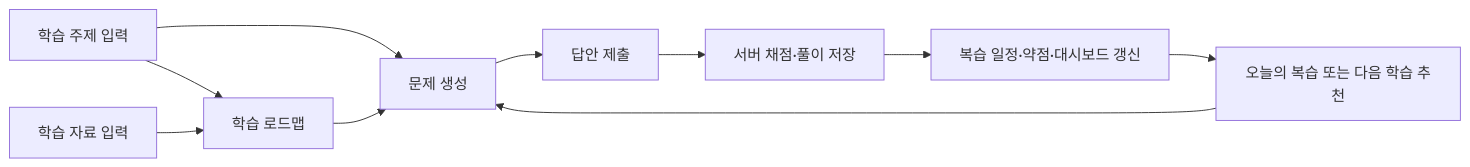
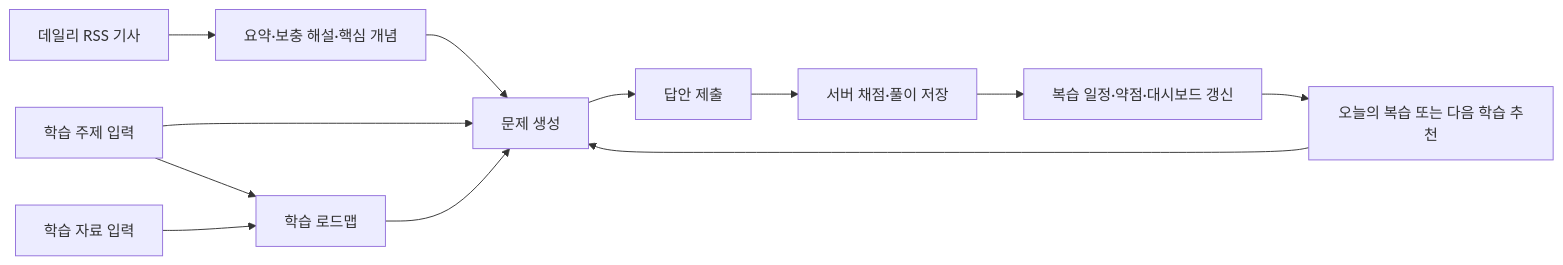
One commit to eunjuny/auknowlog changed the first of 4 diagrams in docs/PROJECT_GUIDE.md. Above: the diagram before and after it, drawn with Mermaid. The commit also changed other lines of this file and 36 other files, not shown here.

Commit message:
feat: RSS 기반 데일리 기술 학습 구현

````diff
--- a/docs/PROJECT_GUIDE.md
+++ b/docs/PROJECT_GUIDE.md
@@ -11,12 +11,14 @@
 ```mermaid
 flowchart LR
+    N[데일리 RSS 기사] --> H[요약·보충 해설·핵심 개념]
+    H --> B
     A[학습 주제 입력] --> B[문제 생성]
     B --> C[답안 제출]
     C --> D[서버 채점·풀이 저장]
     D --> E[복습 일정·약점·대시보드 갱신]
     E --> F[오늘의 복습 또는 다음 학습 추천]
     F --> B
     A --> G[학습 로드맵]
     S[학습 자료 입력] --> G
     G --> B
 ```
````
